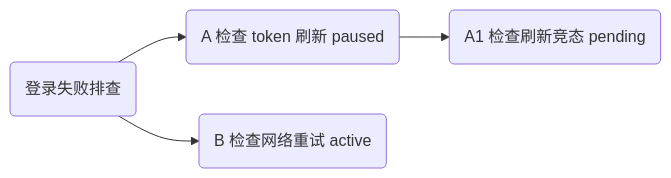
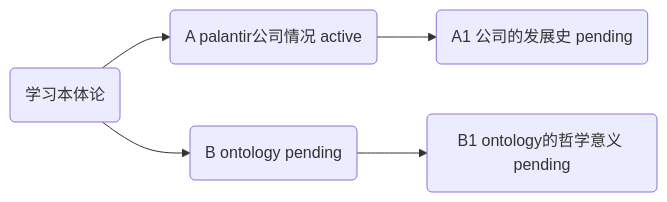
One commit to tang0758/trailmap-skill changed the diagram in docs/USAGE.zh-CN.md. Above: the diagram before and after it, drawn with Mermaid. The commit also changed other lines of this file and 4 other files, not shown here.

````diff
--- a/docs/USAGE.zh-CN.md
+++ b/docs/USAGE.zh-CN.md
@@ -207,5 +327,6 @@
 ```mermaid
 graph LR
-  root("登录失败排查") --> A("A 检查 token 刷新 paused") & B("B 检查网络重试 active")
-  A --> A1("A1 检查刷新竞态 pending")
+  root("学习本体论") --> A("A palantir公司情况 active") & B("B ontology pending")
+  A --> A1("A1 公司的发展史 pending")
+  B --> B1("B1 ontology的哲学意义 pending")
 ```
````
